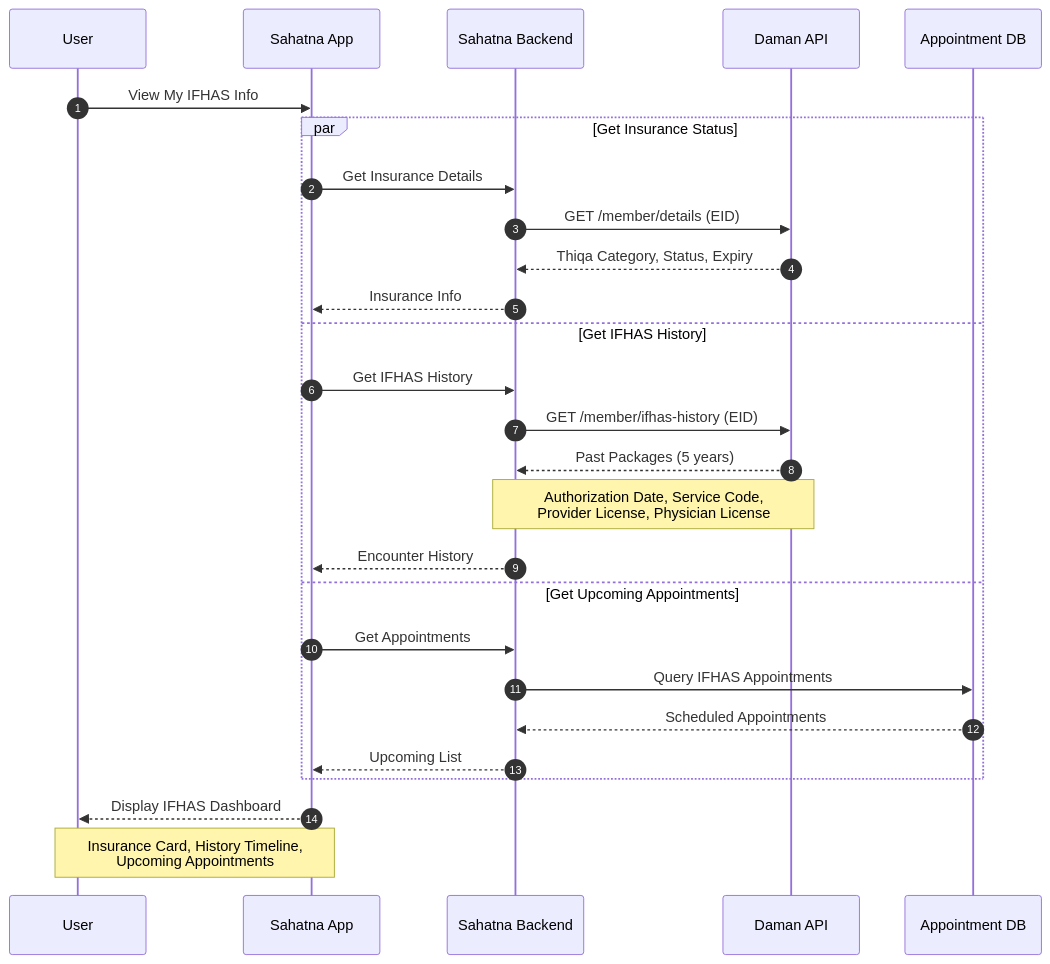
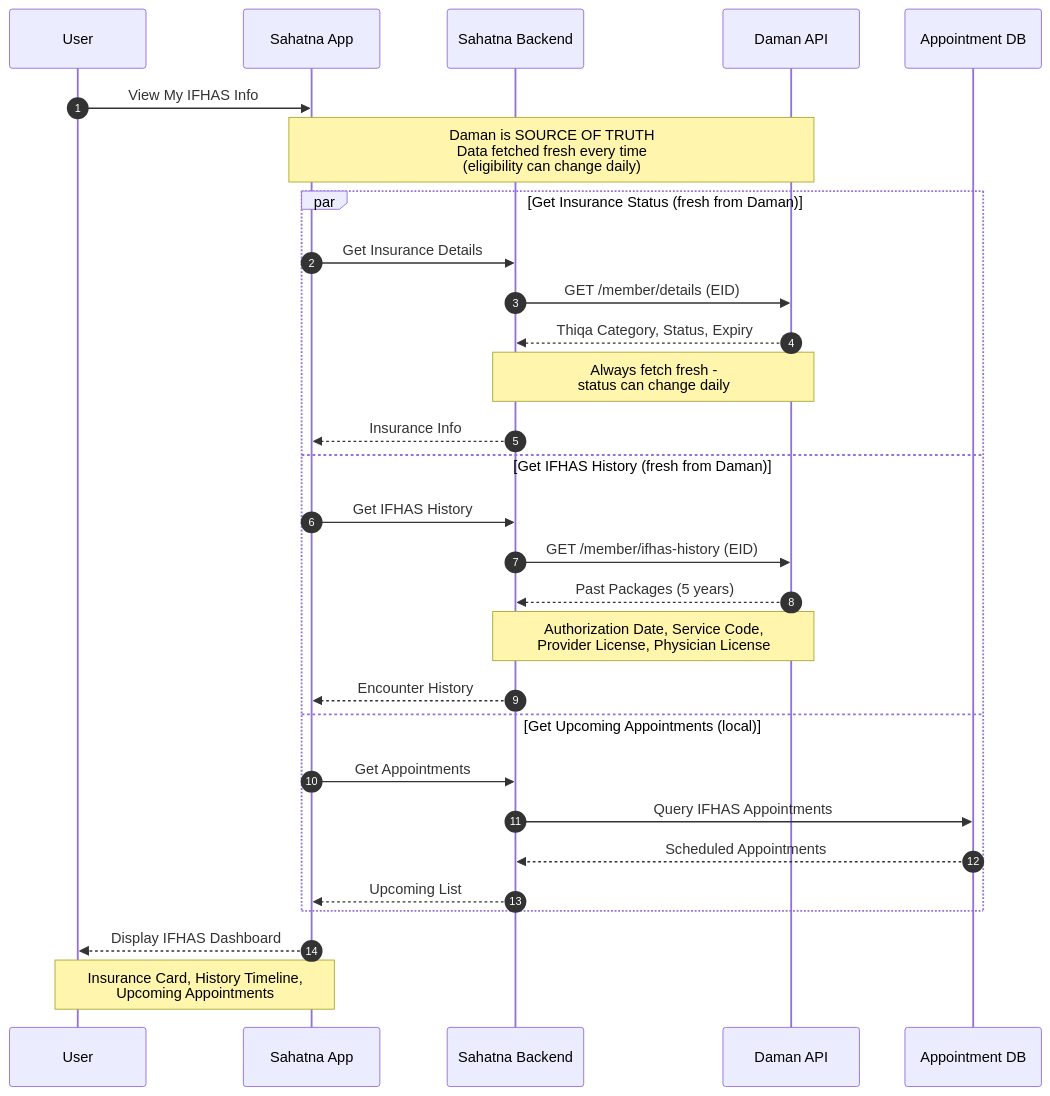
The fourth of 11 diagrams in IFHAS_Sequence_Diagrams.md (shlapolosa/local-ai-packaged), drawn with Mermaid before and after one commit. The commit also changed other lines of this file and 1 other file, not shown here.

````diff
--- a/IFHAS_Sequence_Diagrams.md
+++ b/IFHAS_Sequence_Diagrams.md
@@ -95,32 +130,35 @@
 ```mermaid
 sequenceDiagram
     autonumber
     participant U as User
     participant SA as Sahatna App
     participant BE as Sahatna Backend
     participant D as Daman API
     participant ADB as Appointment DB
 
     U->>SA: View My IFHAS Info
 
-    par Get Insurance Status
+    Note over SA,D: Daman is SOURCE OF TRUTH<br/>Data fetched fresh every time<br/>(eligibility can change daily)
+
+    par Get Insurance Status (fresh from Daman)
         SA->>BE: Get Insurance Details
         BE->>D: GET /member/details (EID)
         D-->>BE: Thiqa Category, Status, Expiry
+        Note over D,BE: Always fetch fresh -<br/>status can change daily
         BE-->>SA: Insurance Info
-    and Get IFHAS History
+    and Get IFHAS History (fresh from Daman)
         SA->>BE: Get IFHAS History
         BE->>D: GET /member/ifhas-history (EID)
         D-->>BE: Past Packages (5 years)
         Note over D,BE: Authorization Date, Service Code,<br/>Provider License, Physician License
         BE-->>SA: Encounter History
-    and Get Upcoming Appointments
+    and Get Upcoming Appointments (local)
         SA->>BE: Get Appointments
         BE->>ADB: Query IFHAS Appointments
         ADB-->>BE: Scheduled Appointments
         BE-->>SA: Upcoming List
     end
 
     SA-->>U: Display IFHAS Dashboard
     Note over U,SA: Insurance Card, History Timeline,<br/>Upcoming Appointments
 ```
````
